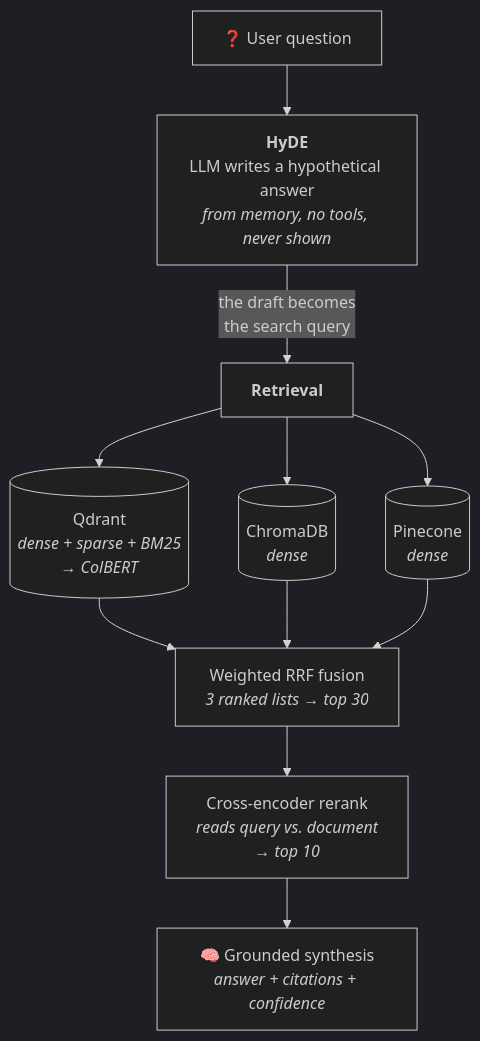
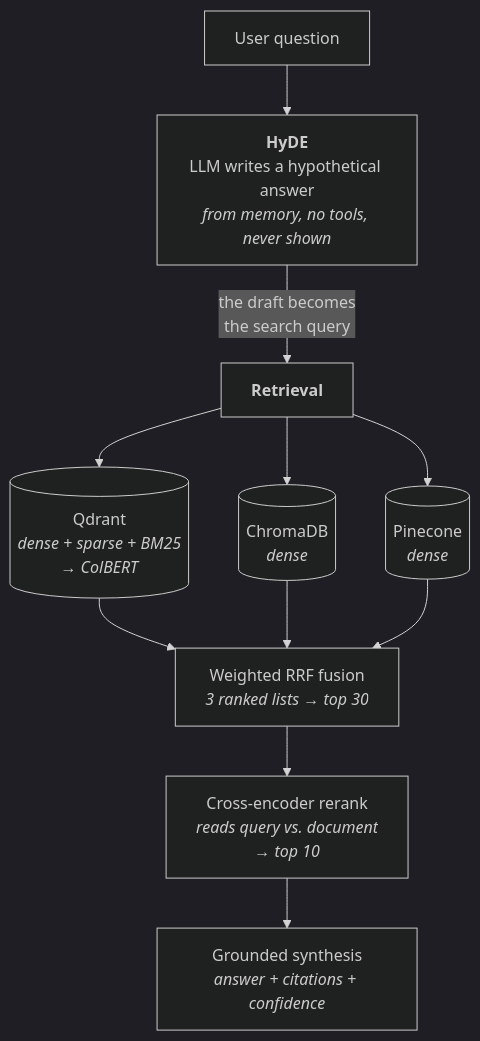
The second of 2 diagrams in README.md (deekshant-w/SSNanopore_rag), drawn with Mermaid (dark theme) before and after one commit. The commit also changed other lines of this file, not shown here.

````diff
--- a/README.md
+++ b/README.md
@@ -57,11 +57,11 @@
 ```mermaid
 flowchart TB
-    Q["❓ User question"] --> HYDE["<b>HyDE</b><br/>LLM writes a hypothetical answer<br/><i>from memory, no tools, never shown</i>"]
+    Q["User question"] --> HYDE["<b>HyDE</b><br/>LLM writes a hypothetical answer<br/><i>from memory, no tools, never shown</i>"]
     HYDE -->|"the draft becomes<br/>the search query"| RAG["<b>Retrieval</b>"]
     RAG --> R1[("Qdrant<br/><i>dense + sparse + BM25<br/>→ ColBERT</i>")]
     RAG --> R2[("ChromaDB<br/><i>dense</i>")]
     RAG --> R3[("Pinecone<br/><i>dense</i>")]
     R1 & R2 & R3 --> RRF["Weighted RRF fusion<br/><i>3 ranked lists → top 30</i>"]
     RRF --> RERANK["Cross-encoder rerank<br/><i>reads query vs. document<br/>→ top 10</i>"]
-    RERANK --> SYNTH["🧠 Grounded synthesis<br/><i>answer + citations + confidence</i>"]
+    RERANK --> SYNTH["Grounded synthesis<br/><i>answer + citations + confidence</i>"]
 ```
````
